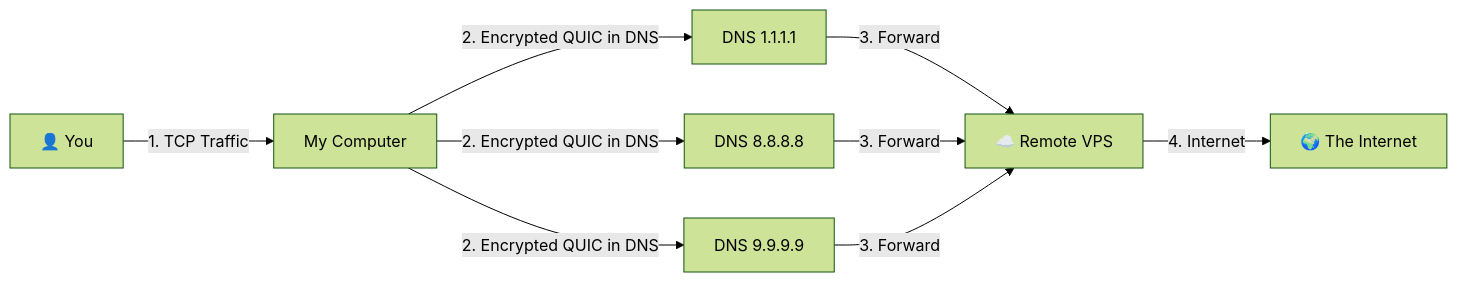
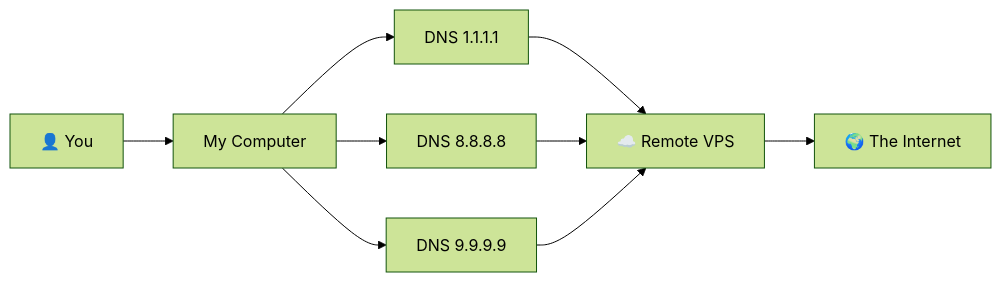
Before and after one commit to Mygod/slipstream-rust: the second of 2 diagrams in README.md, drawn with Mermaid (forest theme). The commit also changed other lines of this file and 1 other file, not shown here.

Commit message:
Modifying charts and graphs on README

````diff
--- a/README.md
+++ b/README.md
@@ -103,11 +103,11 @@
 ```mermaid
 graph LR
-    User[👤 You] -->|1. TCP Traffic| Client[My Computer]
-    Client -->|2. Encrypted QUIC in DNS| R1[DNS 1.1.1.1]
-    Client -->|2. Encrypted QUIC in DNS| R2[DNS 8.8.8.8]
-    Client -->|2. Encrypted QUIC in DNS| R3[DNS 9.9.9.9]
-    R1 -->|3. Forward| Server[☁️ Remote VPS]
-    R2 -->|3. Forward| Server
-    R3 -->|3. Forward| Server
-    Server -->|4. Internet| World[🌍 The Internet]
+    User[👤 You] --> Client[My Computer]
+    Client --> R1[DNS 1.1.1.1]
+    Client --> R2[DNS 8.8.8.8]
+    Client --> R3[DNS 9.9.9.9]
+    R1 --> Server[☁️ Remote VPS]
+    R2 --> Server
+    R3 --> Server
+    Server --> World[🌍 The Internet]
 ```
````
